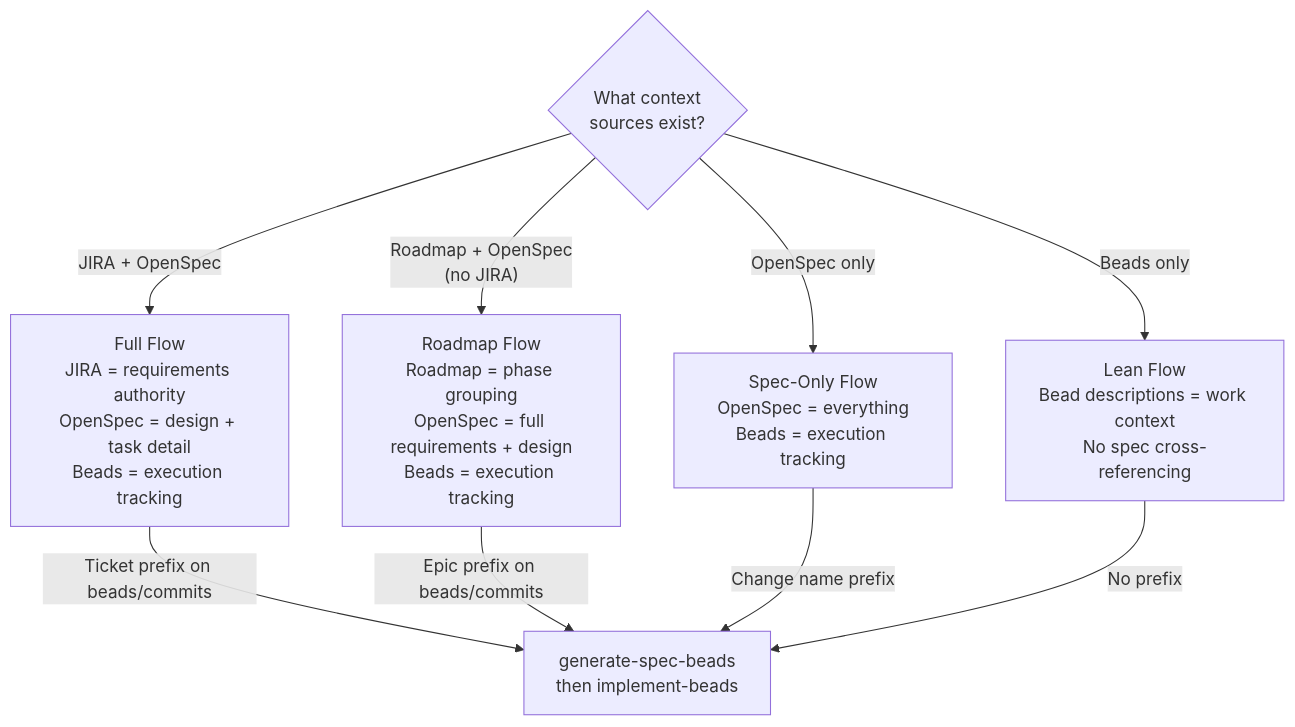
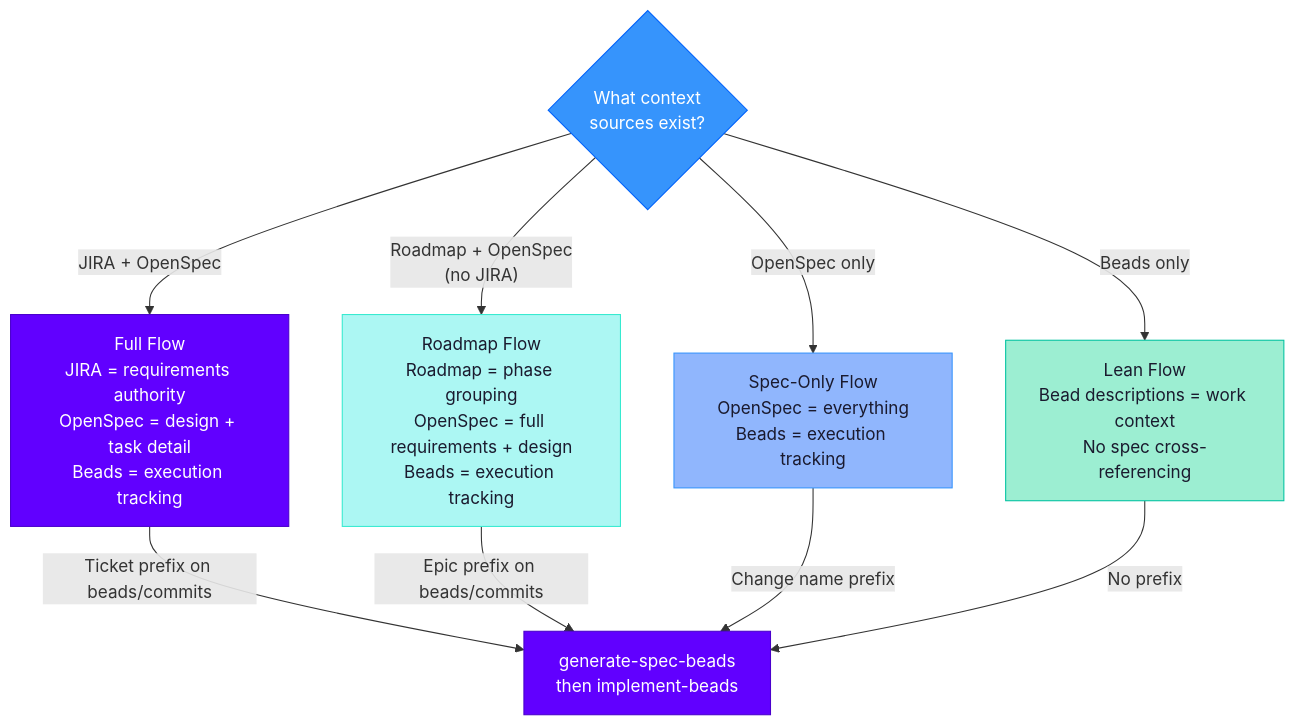
One commit to Sand2Silicon/sand2silicon-agentic-skills changed the fifth of 5 diagrams in plugins/sdd-workflow/README.md. Above: the diagram before and after it, drawn with Mermaid. The commit also changed other lines of this file, not shown here.

````diff
--- a/plugins/sdd-workflow/README.md
+++ b/plugins/sdd-workflow/README.md
@@ -277,14 +306,21 @@
 ```mermaid
 flowchart TD
-    START{What context<br/>sources exist?}
+    classDef decision fill:#3694fc,stroke:#0263fb,color:#fff
+    classDef full fill:#6100ff,stroke:#4a00cc,color:#fff
+    classDef road fill:#acf7f3,stroke:#36ead0,color:#1a1a2e
+    classDef spec fill:#90b6fd,stroke:#3694fc,color:#1a1a2e
+    classDef lean fill:#9ceed2,stroke:#00c2a0,color:#1a1a2e
+    classDef exec fill:#6100ff,stroke:#4a00cc,color:#fff
 
-    START -->|"JIRA + OpenSpec"| FULL["Full Flow<br/>JIRA = requirements authority<br/>OpenSpec = design + task detail<br/>Beads = execution tracking"]
-    START -->|"Roadmap + OpenSpec<br/>(no JIRA)"| ROAD["Roadmap Flow<br/>Roadmap = phase grouping<br/>OpenSpec = full requirements + design<br/>Beads = execution tracking"]
-    START -->|"OpenSpec only"| SPEC["Spec-Only Flow<br/>OpenSpec = everything<br/>Beads = execution tracking"]
-    START -->|"Beads only"| LEAN["Lean Flow<br/>Bead descriptions = work context<br/>No spec cross-referencing"]
+    START{What context<br/>sources exist?}:::decision
 
-    FULL -->|"Ticket prefix on beads/commits"| EXEC["generate-spec-beads<br/>then implement-beads"]
+    START -->|"JIRA + OpenSpec"| FULL["Full Flow<br/>JIRA = requirements authority<br/>OpenSpec = design + task detail<br/>Beads = execution tracking"]:::full
+    START -->|"Roadmap + OpenSpec<br/>(no JIRA)"| ROAD["Roadmap Flow<br/>Roadmap = phase grouping<br/>OpenSpec = full requirements + design<br/>Beads = execution tracking"]:::road
+    START -->|"OpenSpec only"| SPEC["Spec-Only Flow<br/>OpenSpec = everything<br/>Beads = execution tracking"]:::spec
+    START -->|"Beads only"| LEAN["Lean Flow<br/>Bead descriptions = work context<br/>No spec cross-referencing"]:::lean
+
+    FULL -->|"Ticket prefix on beads/commits"| EXEC["generate-spec-beads<br/>then implement-beads"]:::exec
     ROAD -->|"Epic prefix on beads/commits"| EXEC
     SPEC -->|"Change name prefix"| EXEC
     LEAN -->|"No prefix"| EXEC
 ```
````
